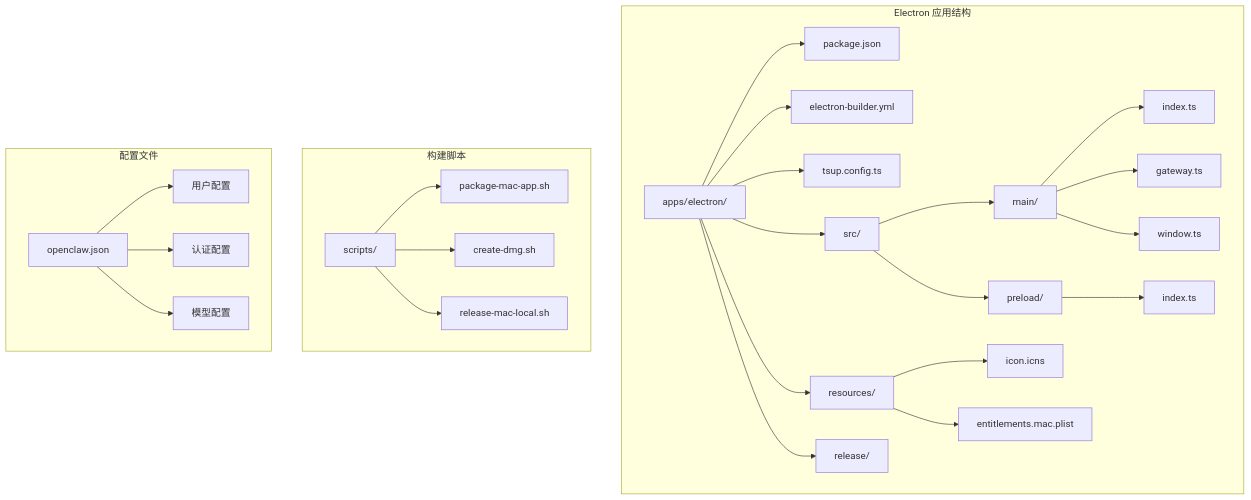
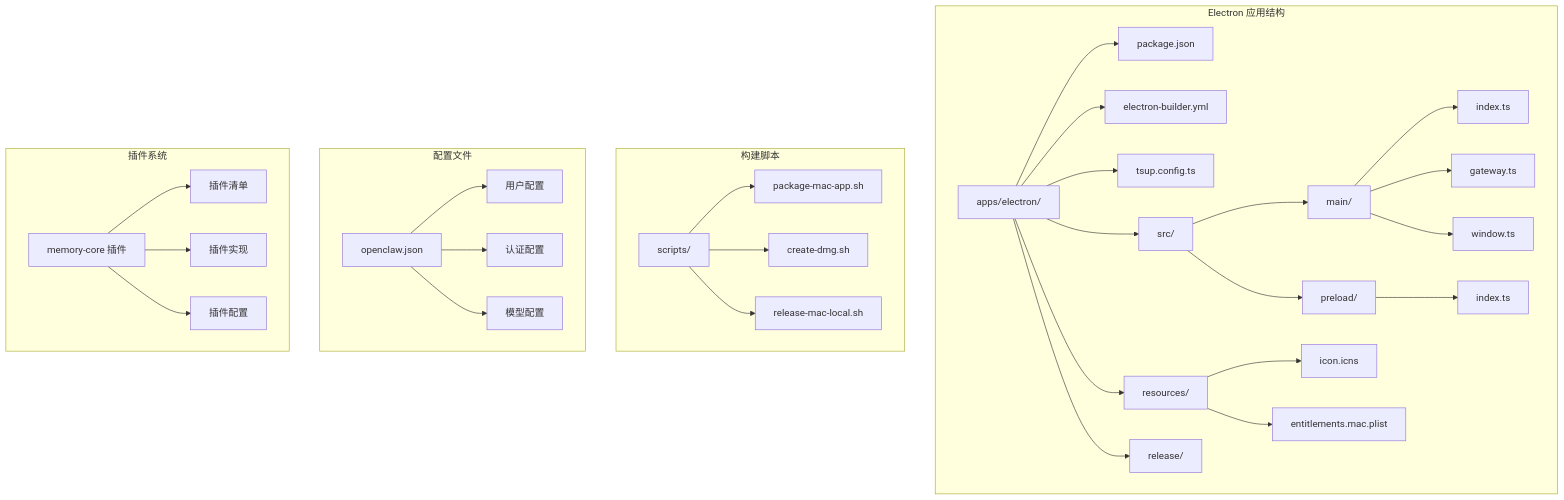
Before and after one commit to verse-ai-org/openclaw: the first of 8 diagrams in .qoder/repowiki/zh/content/Electron Packaging Configuration.md, drawn with Mermaid. The commit also changed other lines of this file and 9 other files, not shown here.

````diff
--- a/.qoder/repowiki/zh/content/Electron Packaging Configuration.md
+++ b/.qoder/repowiki/zh/content/Electron Packaging Configuration.md
@@ -43,29 +59,34 @@
 ```mermaid
 graph TB
 subgraph "Electron 应用结构"
 A[apps/electron/] --> B[package.json]
 A --> C[electron-builder.yml]
 A --> D[tsup.config.ts]
 A --> E[src/]
 A --> F[resources/]
 A --> G[release/]
 E --> H[main/]
 E --> I[preload/]
 H --> J[index.ts]
 H --> K[gateway.ts]
 H --> L[window.ts]
 I --> M[index.ts]
 F --> N[icon.icns]
 F --> O[entitlements.mac.plist]
 end
 subgraph "构建脚本"
 P[scripts/] --> Q[package-mac-app.sh]
 P --> R[create-dmg.sh]
 P --> S[release-mac-local.sh]
 end
 subgraph "配置文件"
 T[openclaw.json] --> U[用户配置]
 T --> V[认证配置]
 T --> W[模型配置]
 end
+subgraph "插件系统"
+U1[memory-core 插件] --> U2[插件清单]
+U1 --> U3[插件实现]
+U1 --> U4[插件配置]
+end
 ```
````
